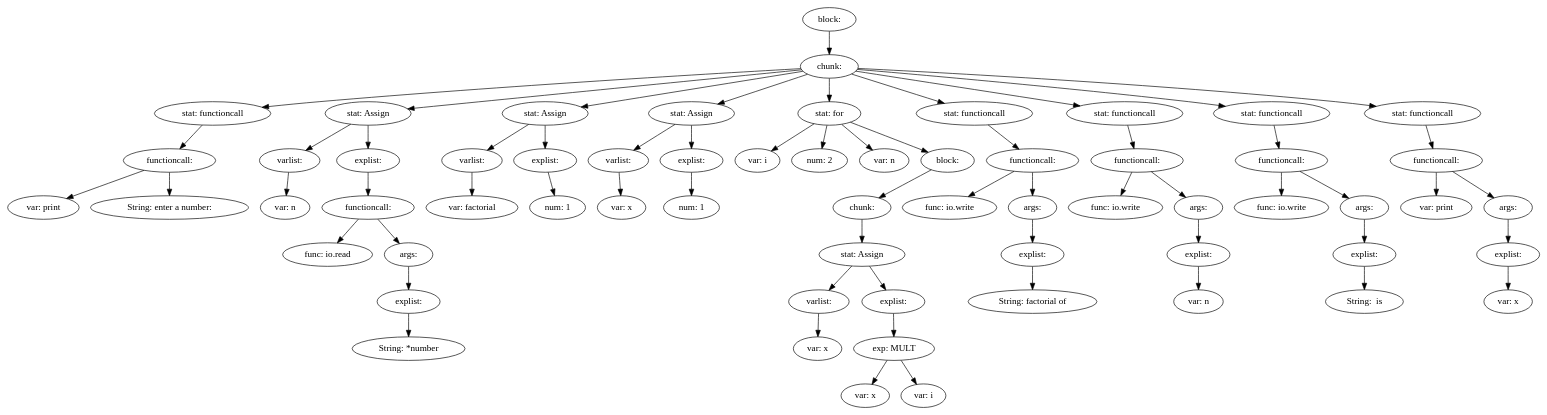
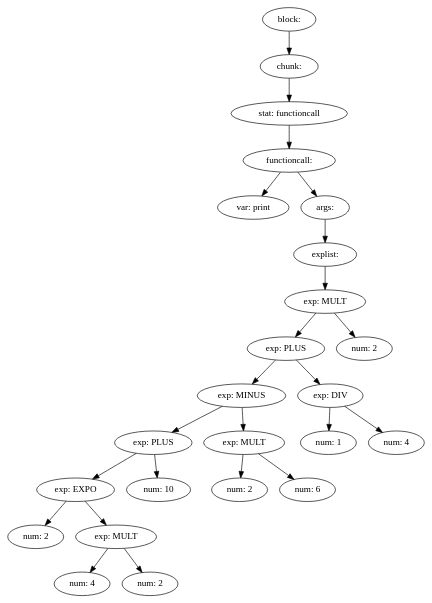
One commit to Inkaru/compiler changed the diagram in ass1-int/source.md. Above: the diagram before and after it, drawn with Graphviz. The commit also changed 4 other files, not shown here.

````diff
--- a/ass1-int/source.md
+++ b/ass1-int/source.md
@@ -1,127 +1,51 @@
 ```graphviz
 digraph {
-65 [label="block: "];
-65 -> 4
-4 [label="chunk: "];
-4 -> 3
-4 -> 14
-4 -> 19
-4 -> 24
-4 -> 36
-4 -> 44
-4 -> 51
-4 -> 58
-4 -> 64
-3 [label="stat: functioncall"];
-3 -> 2
-2 [label="functioncall: "];
-2 -> 0
-2 -> 1
+23 [label="block: "];
+23 -> 22
+22 [label="chunk: "];
+22 -> 21
+21 [label="stat: functioncall"];
+21 -> 20
+20 [label="functioncall: "];
+20 -> 0
+20 -> 19
 0 [label="var: print"];
-1 [label="String: enter a number:"];
-14 [label="stat: Assign"];
-14 -> 6
-14 -> 13
-6 [label="varlist: "];
-6 -> 5
-5 [label="var: n"];
-13 [label="explist: "];
-13 -> 12
-12 [label="functioncall: "];
-12 -> 8
-12 -> 11
-8 [label="func: io.read"];
-11 [label="args: "];
-11 -> 10
-10 [label="explist: "];
-10 -> 9
-9 [label="String: *number"];
-19 [label="stat: Assign"];
-19 -> 16
+19 [label="args: "];
 19 -> 18
-16 [label="varlist: "];
-16 -> 15
-15 [label="var: factorial"];
 18 [label="explist: "];
 18 -> 17
-17 [label="num: 1"];
-24 [label="stat: Assign"];
-24 -> 21
-24 -> 23
-21 [label="varlist: "];
-21 -> 20
-20 [label="var: x"];
-23 [label="explist: "];
-23 -> 22
-22 [label="num: 1"];
-36 [label="stat: for"];
-36 -> 37
-36 -> 25
-36 -> 26
-36 -> 35
-37 [label="var: i"];
-25 [label="num: 2"];
-26 [label="var: n"];
-35 [label="block: "];
-35 -> 34
-34 [label="chunk: "];
-34 -> 33
-33 [label="stat: Assign"];
-33 -> 28
-33 -> 32
-28 [label="varlist: "];
-28 -> 27
-27 [label="var: x"];
-32 [label="explist: "];
-32 -> 31
-31 [label="exp: MULT"];
-31 -> 29
-31 -> 30
-29 [label="var: x"];
-30 [label="var: i"];
-44 [label="stat: functioncall"];
-44 -> 43
-43 [label="functioncall: "];
-43 -> 39
-43 -> 42
-39 [label="func: io.write"];
-42 [label="args: "];
-42 -> 41
-41 [label="explist: "];
-41 -> 40
-40 [label="String: factorial of "];
-51 [label="stat: functioncall"];
-51 -> 50
-50 [label="functioncall: "];
-50 -> 46
-50 -> 49
-46 [label="func: io.write"];
-49 [label="args: "];
-49 -> 48
-48 [label="explist: "];
-48 -> 47
-47 [label="var: n"];
-58 [label="stat: functioncall"];
-58 -> 57
-57 [label="functioncall: "];
-57 -> 53
-57 -> 56
-53 [label="func: io.write"];
-56 [label="args: "];
-56 -> 55
-55 [label="explist: "];
-55 -> 54
-54 [label="String:  is "];
-64 [label="stat: functioncall"];
-64 -> 63
-63 [label="functioncall: "];
-63 -> 59
-63 -> 62
-59 [label="var: print"];
-62 [label="args: "];
-62 -> 61
-61 [label="explist: "];
-61 -> 60
-60 [label="var: x"];
+17 [label="exp: MULT"];
+17 -> 15
+17 -> 16
+15 [label="exp: PLUS"];
+15 -> 11
+15 -> 14
+11 [label="exp: MINUS"];
+11 -> 7
+11 -> 10
+7 [label="exp: PLUS"];
+7 -> 5
+7 -> 6
+5 [label="exp: EXPO"];
+5 -> 1
+5 -> 4
+1 [label="num: 2"];
+4 [label="exp: MULT"];
+4 -> 2
+4 -> 3
+2 [label="num: 4"];
+3 [label="num: 2"];
+6 [label="num: 10"];
+10 [label="exp: MULT"];
+10 -> 8
+10 -> 9
+8 [label="num: 2"];
+9 [label="num: 6"];
+14 [label="exp: DIV"];
+14 -> 12
+14 -> 13
+12 [label="num: 1"];
+13 [label="num: 4"];
+16 [label="num: 2"];
 }
 ```
````
